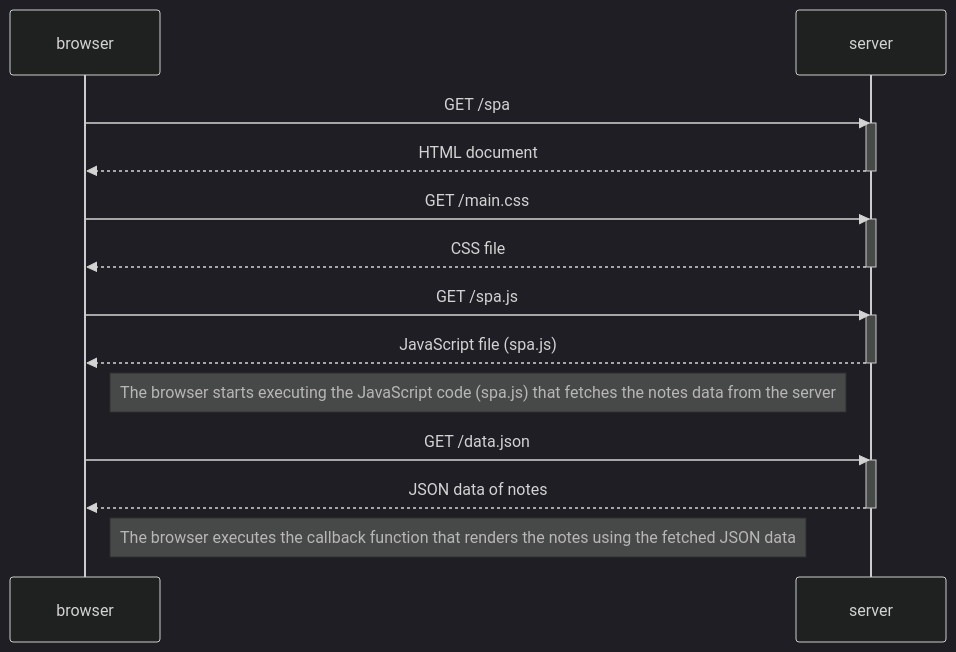
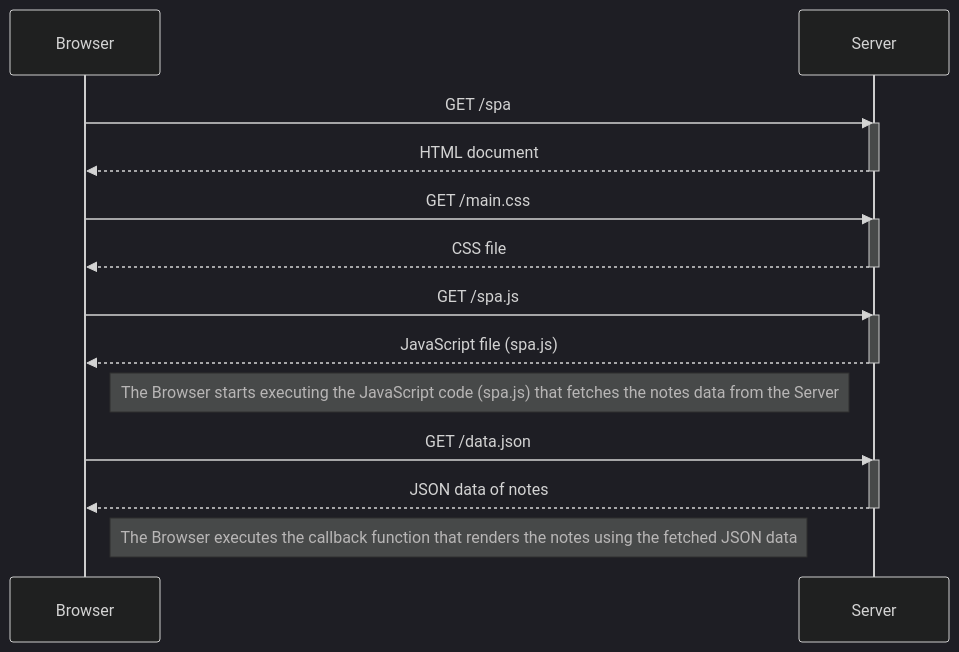
The diagram in 0.5: Single page app diagram.md (abcdgick/Full-Stack-Open), drawn with Mermaid (dark theme) before and after one commit.

Commit message:
Update 0.5: Single page app diagram.md

````diff
--- a/0.5: Single page app diagram.md
+++ b/0.5: Single page app diagram.md
@@ -1,29 +1,29 @@
 ```mermaid
   sequenceDiagram
-    participant browser
-    participant server
+    participant Browser
+    participant Server
 
-    browser->>server: GET /spa
-    activate server
-    server-->>browser: HTML document
-    deactivate server
+    Browser->>Server: GET /spa
+    activate Server
+    Server-->>Browser: HTML document
+    deactivate Server
 
-    browser->>server: GET /main.css
-    activate server
-    server-->>browser: CSS file
-    deactivate server
+    Browser->>Server: GET /main.css
+    activate Server
+    Server-->>Browser: CSS file
+    deactivate Server
 
-    browser->>server: GET /spa.js
-    activate server
-    server-->>browser: JavaScript file (spa.js)
-    deactivate server
+    Browser->>Server: GET /spa.js
+    activate Server
+    Server-->>Browser: JavaScript file (spa.js)
+    deactivate Server
 
-    Note right of browser: The browser starts executing the JavaScript code (spa.js) that fetches the notes data from the server
+    Note right of Browser: The Browser starts executing the JavaScript code (spa.js) that fetches the notes data from the Server
 
-    browser->>server: GET /data.json
-    activate server
-    server-->>browser: JSON data of notes
-    deactivate server
+    Browser->>Server: GET /data.json
+    activate Server
+    Server-->>Browser: JSON data of notes
+    deactivate Server
 
-    Note right of browser: The browser executes the callback function that renders the notes using the fetched JSON data
+    Note right of Browser: The Browser executes the callback function that renders the notes using the fetched JSON data
 ```
````
